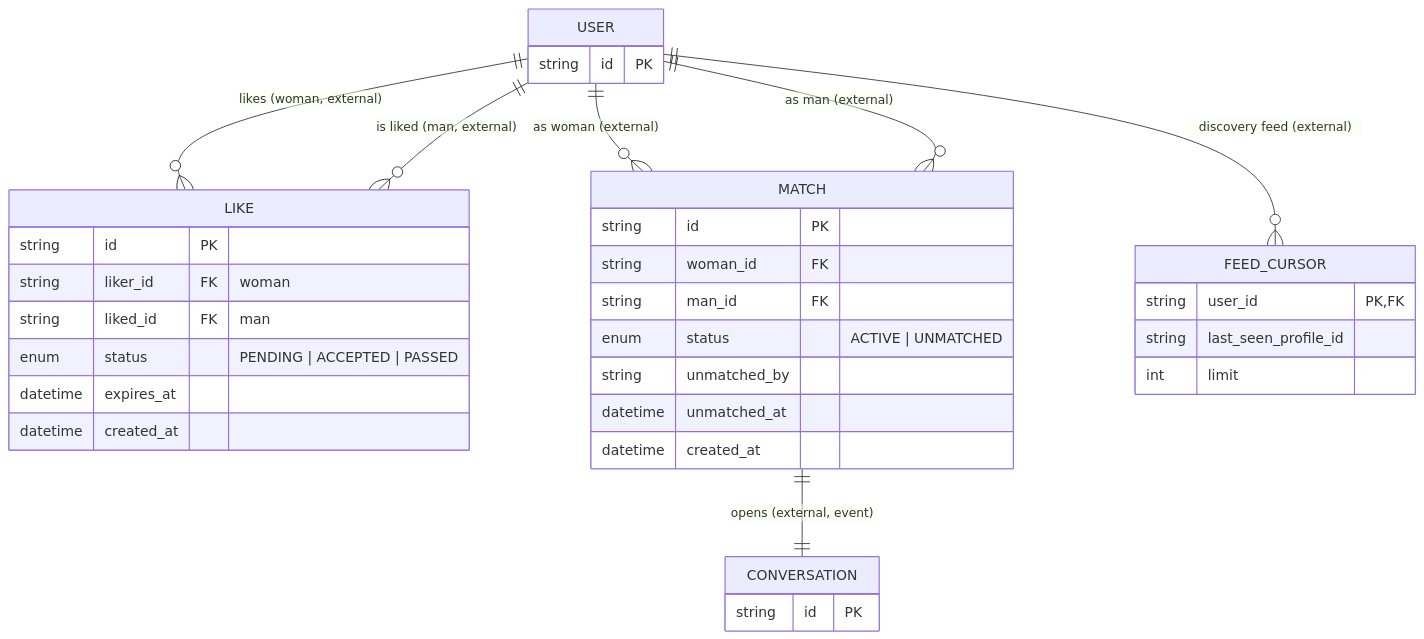
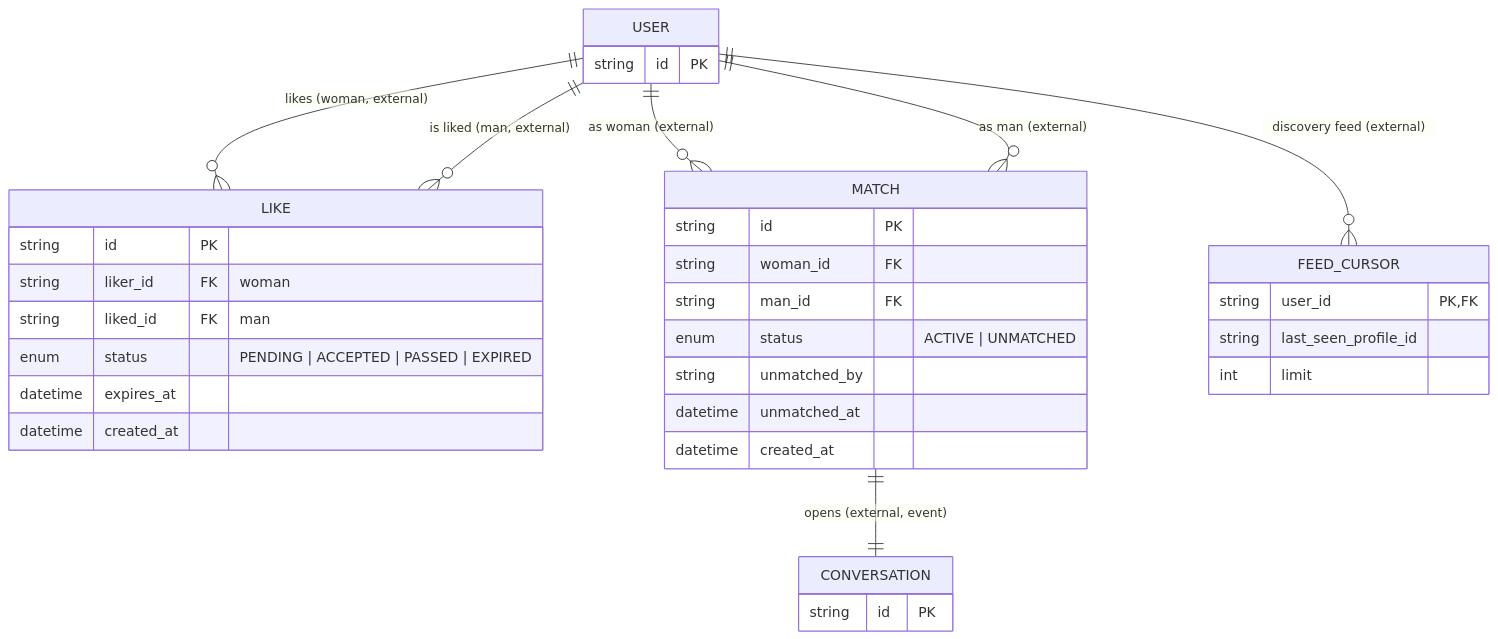
The fifth of 8 diagrams in entities/er-diagram.md (cheetah-org/fold-design), drawn with Mermaid before and after one commit. The commit also changed other lines of this file and 1 other file, not shown here.

Commit message:
resolved maching service comments

````diff
--- a/entities/er-diagram.md
+++ b/entities/er-diagram.md
@@ -329,42 +329,42 @@
 ```mermaid
 erDiagram
     %% Owned entities
     LIKE {
         string id PK
         string liker_id FK "woman"
         string liked_id FK "man"
-        enum status "PENDING | ACCEPTED | PASSED"
+        enum status "PENDING | ACCEPTED | PASSED | EXPIRED"
         datetime expires_at
         datetime created_at
     }
     MATCH {
         string id PK
         string woman_id FK
         string man_id FK
         enum status "ACTIVE | UNMATCHED"
         string unmatched_by
         datetime unmatched_at
         datetime created_at
     }
     FEED_CURSOR {
         string user_id PK, FK
         string last_seen_profile_id
         int limit
     }
 
     %% External references (owned by User / Chat Service)
     USER {
         string id PK
     }
     CONVERSATION {
         string id PK
     }
 
     %% Relationships
     USER ||--o{ LIKE : "likes (woman, external)"
     USER ||--o{ LIKE : "is liked (man, external)"
     USER ||--o{ MATCH : "as woman (external)"
     USER ||--o{ MATCH : "as man (external)"
     USER ||--o{ FEED_CURSOR : "discovery feed (external)"
     MATCH ||--|| CONVERSATION : "opens (external, event)"
 ```
````
